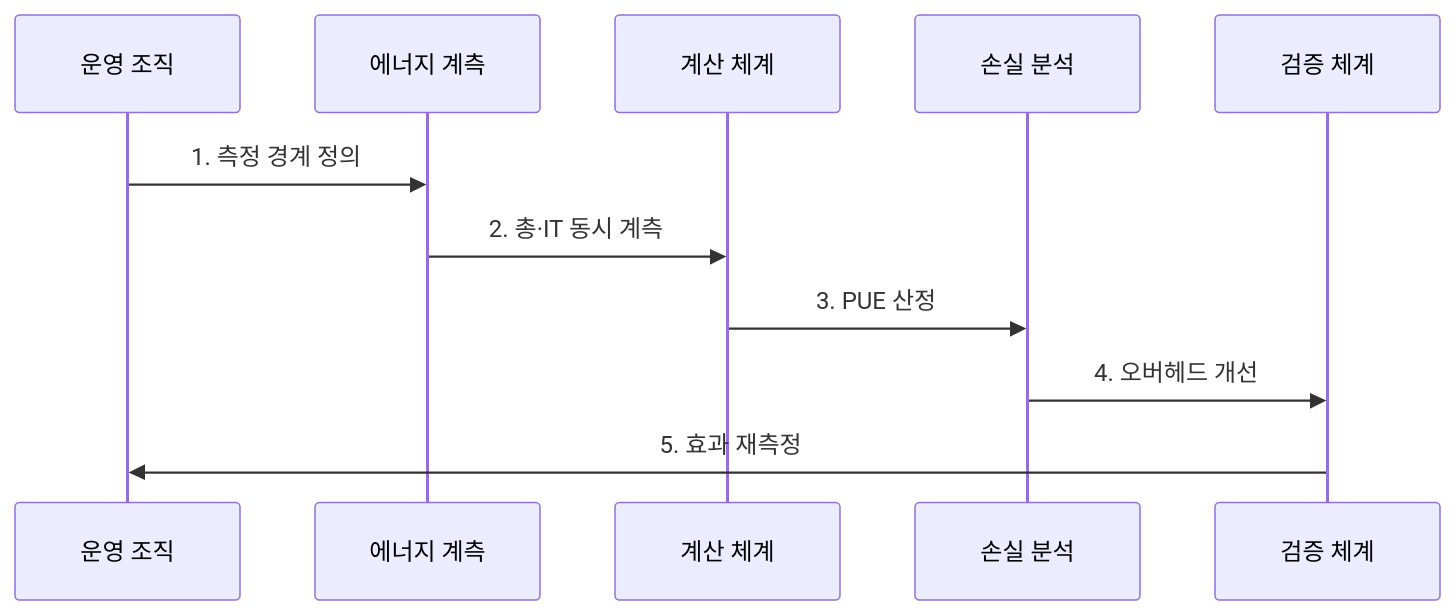
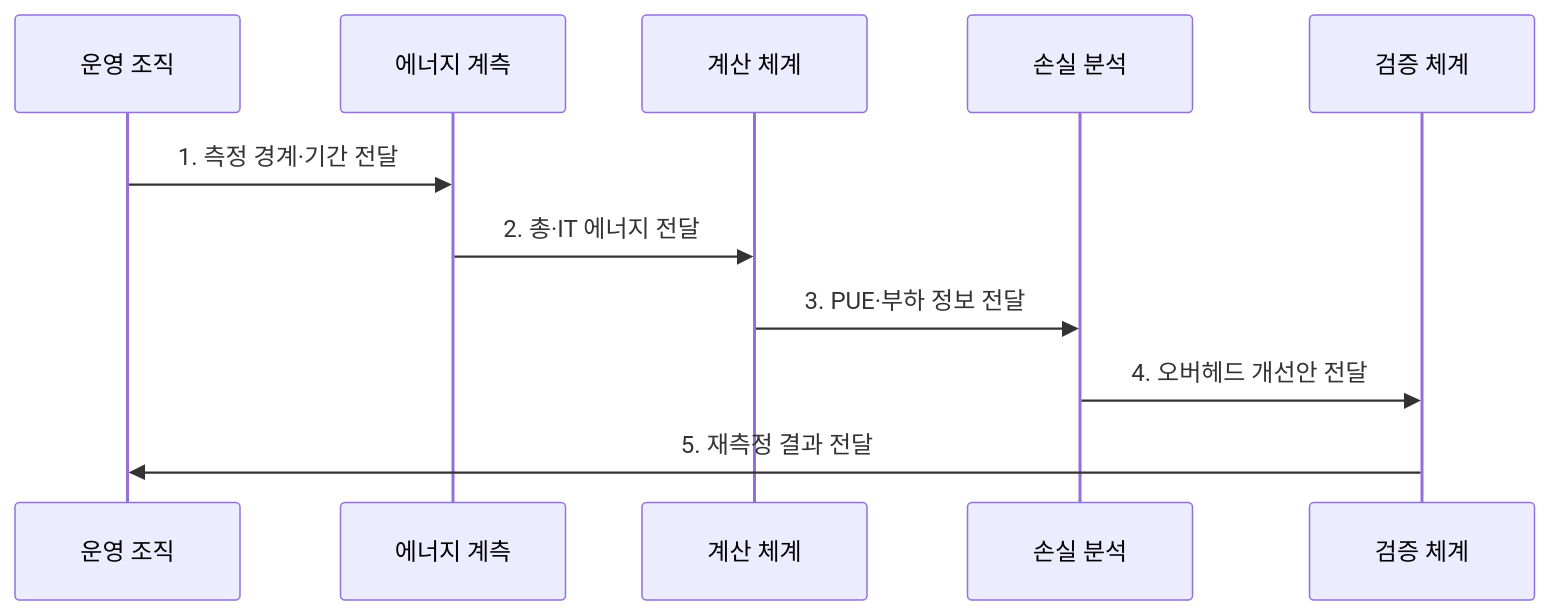
One commit to agnusdei1207/knowledge-base changed the second of 2 diagrams in src/content/docs/notes/08-latest-tech/198_power_usage_effectiveness.md. Above: the diagram before and after it, drawn with Mermaid. The commit also changed other lines of this file and 225 other files, not shown here.

````diff
--- a/src/content/docs/notes/08-latest-tech/198_power_usage_effectiveness.md
+++ b/src/content/docs/notes/08-latest-tech/198_power_usage_effectiveness.md
@@ -77,13 +78,13 @@
 ```mermaid
 sequenceDiagram
   participant O as 운영 조직
   participant M as 에너지 계측
   participant C as 계산 체계
   participant A as 손실 분석
   participant V as 검증 체계
-  O->>M: 1. 측정 경계 정의
-  M->>C: 2. 총·IT 동시 계측
-  C->>A: 3. PUE 산정
-  A->>V: 4. 오버헤드 개선
-  V->>O: 5. 효과 재측정
+  O->>M: 1. 측정 경계·기간 전달
+  M->>C: 2. 총·IT 에너지 전달
+  C->>A: 3. PUE·부하 정보 전달
+  A->>V: 4. 오버헤드 개선안 전달
+  V->>O: 5. 재측정 결과 전달
 ```
````
